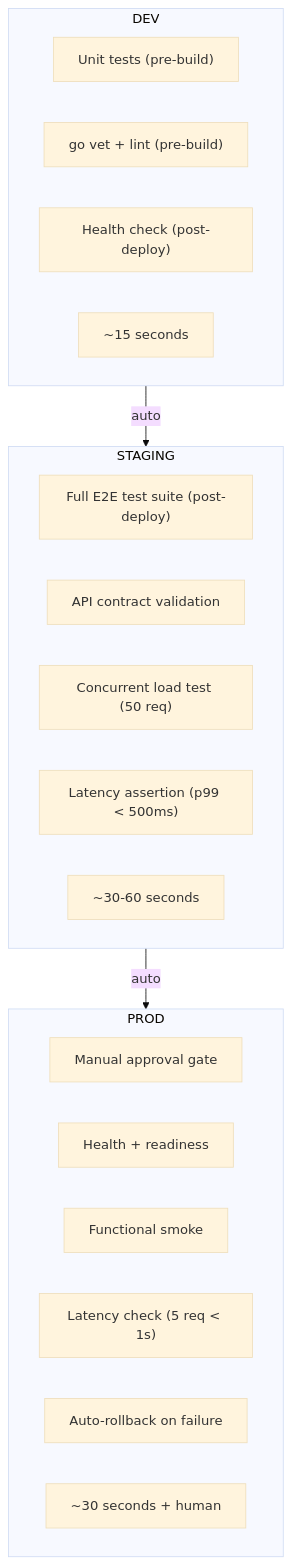
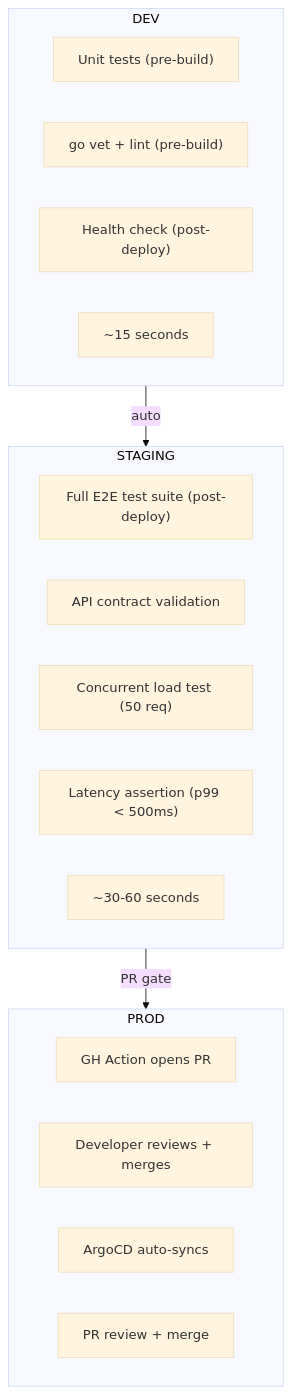
One commit to AaronRoethe/homelab changed the fifth of 5 diagrams in docs/infra/validation-and-e2e-strategy.md. Above: the diagram before and after it, drawn with Mermaid (base theme). The commit also changed other lines of this file and 14 other files, not shown here.

````diff
--- a/docs/infra/validation-and-e2e-strategy.md
+++ b/docs/infra/validation-and-e2e-strategy.md
@@ -454,29 +377,27 @@
 ```mermaid
 graph TB
     subgraph dev["DEV"]
         d1["Unit tests (pre-build)"]
         d2["go vet + lint (pre-build)"]
         d3["Health check (post-deploy)"]
         d_time["~15 seconds"]
     end
 
     subgraph staging["STAGING"]
         s1["Full E2E test suite (post-deploy)"]
         s2["API contract validation"]
         s3["Concurrent load test (50 req)"]
         s4["Latency assertion (p99 < 500ms)"]
         s_time["~30-60 seconds"]
     end
 
     subgraph prod["PROD"]
-        p0["Manual approval gate"]
-        p1["Health + readiness"]
-        p2["Functional smoke"]
-        p3["Latency check (5 req < 1s)"]
-        p4["Auto-rollback on failure"]
-        p_time["~30 seconds + human"]
+        p0["GH Action opens PR"]
+        p1["Developer reviews + merges"]
+        p2["ArgoCD auto-syncs"]
+        p_time["PR review + merge"]
     end
 
     dev -->|"auto"| staging
-    staging -->|"auto"| prod
+    staging -->|"PR gate"| prod
 ```
````
